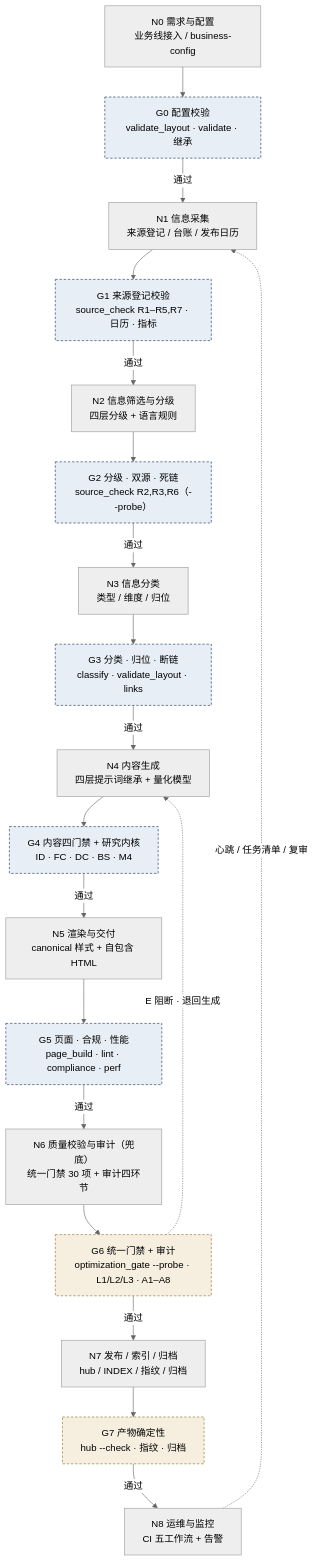
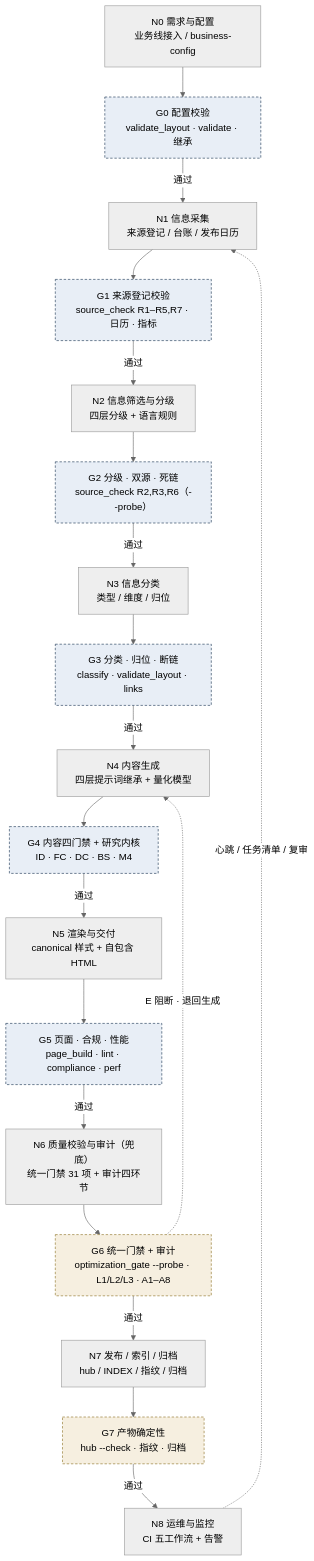
Before and after one commit to hmbphxkw76-byte/tech-context-digest: the first of 4 diagrams in engine/docs/report-pipeline-system.md, drawn with Mermaid (neutral theme). The commit also changed other lines of this file and 37 other files, not shown here.

````diff
--- a/engine/docs/report-pipeline-system.md
+++ b/engine/docs/report-pipeline-system.md
@@ -28,25 +28,25 @@
 ```mermaid
 flowchart TD
     N0["N0 需求与配置<br/>业务线接入 / business-config"] --> G0["G0 配置校验<br/>validate_layout · validate · 继承"]
     G0 -->|通过| N1["N1 信息采集<br/>来源登记 / 台账 / 发布日历"]
     N1 --> G1["G1 来源登记校验<br/>source_check R1–R5,R7 · 日历 · 指标"]
     G1 -->|通过| N2["N2 信息筛选与分级<br/>四层分级 + 语言规则"]
     N2 --> G2["G2 分级 · 双源 · 死链<br/>source_check R2,R3,R6（--probe）"]
     G2 -->|通过| N3["N3 信息分类<br/>类型 / 维度 / 归位"]
     N3 --> G3["G3 分类 · 归位 · 断链<br/>classify · validate_layout · links"]
     G3 -->|通过| N4["N4 内容生成<br/>四层提示词继承 + 量化模型"]
     N4 --> G4["G4 内容四门禁 + 研究内核<br/>ID · FC · DC · BS · M4"]
     G4 -->|通过| N5["N5 渲染与交付<br/>canonical 样式 + 自包含 HTML"]
     N5 --> G5["G5 页面 · 合规 · 性能<br/>page_build · lint · compliance · perf"]
-    G5 -->|通过| N6["N6 质量校验与审计（兜底）<br/>统一门禁 30 项 + 审计四环节"]
+    G5 -->|通过| N6["N6 质量校验与审计（兜底）<br/>统一门禁 31 项 + 审计四环节"]
     N6 --> G6["G6 统一门禁 + 审计<br/>optimization_gate --probe · L1/L2/L3 · A1–A8"]
     G6 -->|通过| N7["N7 发布 / 索引 / 归档<br/>hub / INDEX / 指纹 / 归档"]
     N7 --> G7["G7 产物确定性<br/>hub --check · 指纹 · 归档"]
     G7 -->|通过| N8["N8 运维与监控<br/>CI 五工作流 + 告警"]
     N8 -. "心跳 / 任务清单 / 复审" .-> N1
     G6 -. "E 阻断 · 退回生成" .-> N4
     classDef shift fill:#e8eef6,stroke:#16324f,stroke-dasharray:4 3;
     classDef backstop fill:#f6efe0,stroke:#8a6d1f,stroke-dasharray:4 3;
     class G0,G1,G2,G3,G4,G5 shift;
     class G6,G7,G8 backstop;
 ```
````
